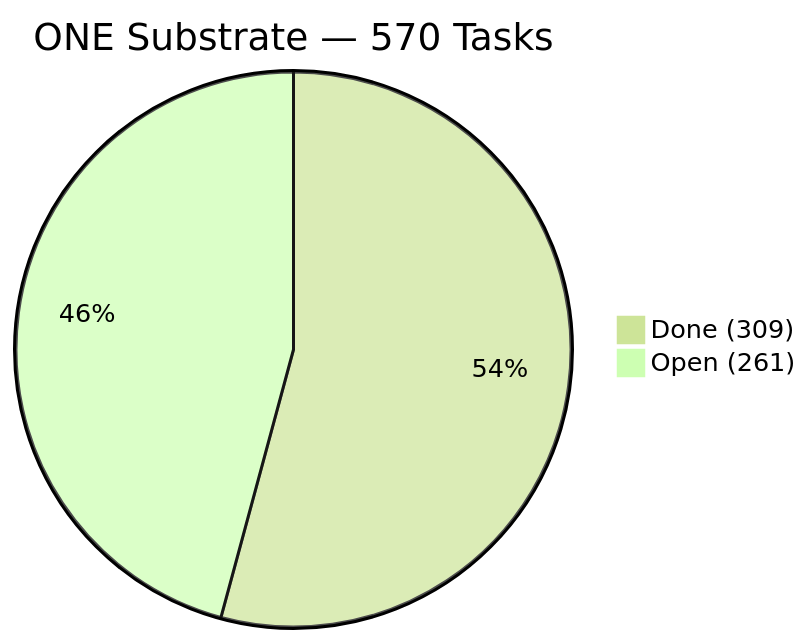
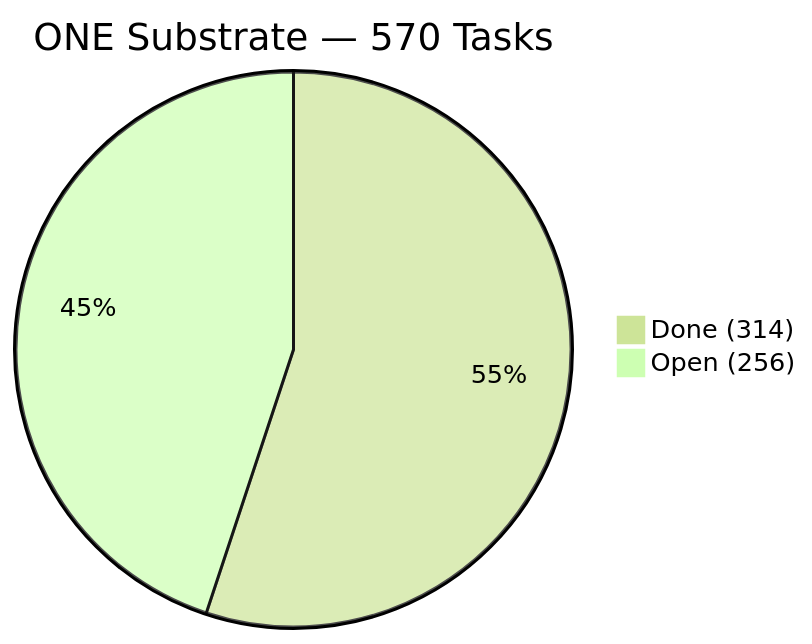
One commit to tonyoconnell/agent-ui changed the first of 4 diagrams in docs/TODO.md. Above: the diagram before and after it, drawn with Mermaid (forest theme). The commit also changed other lines of this file and 4 other files, not shown here.

````diff
--- a/docs/TODO.md
+++ b/docs/TODO.md
@@ -6,5 +6,5 @@
 ```mermaid
 pie title ONE Substrate — 570 Tasks
-    "Done (309)" : 309
-    "Open (261)" : 261
+    "Done (314)" : 314
+    "Open (256)" : 256
 ```
````
